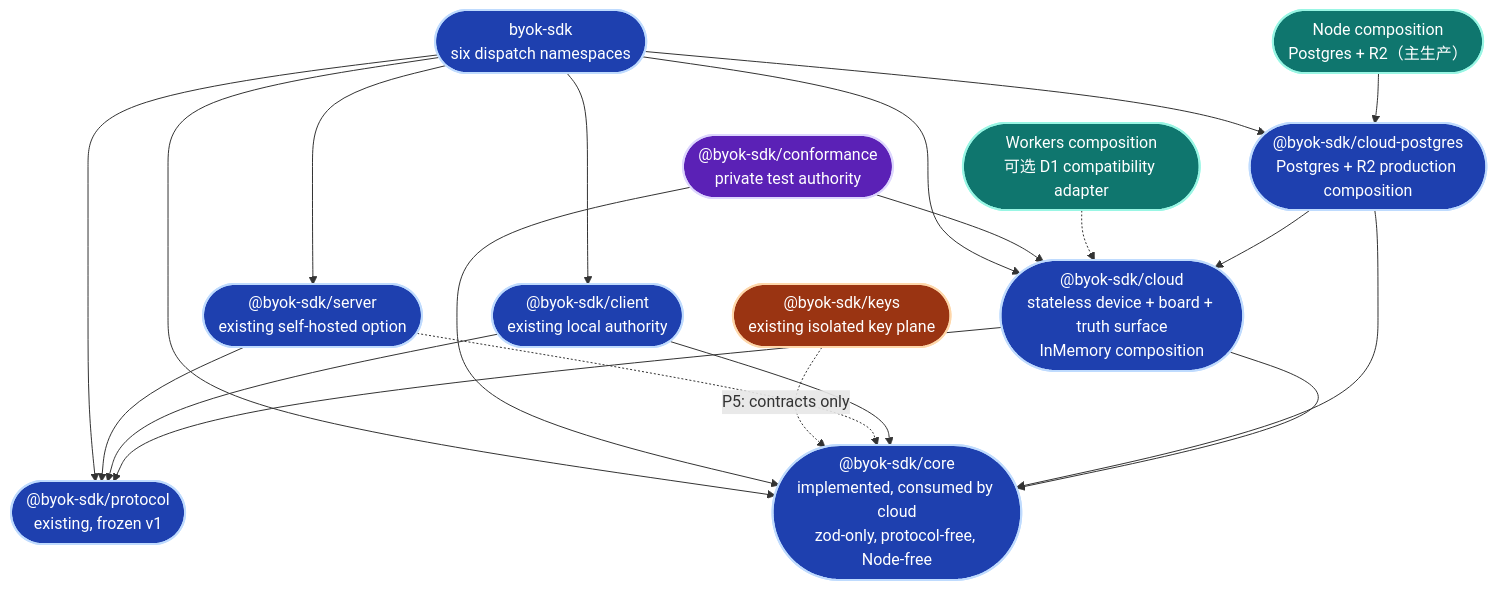
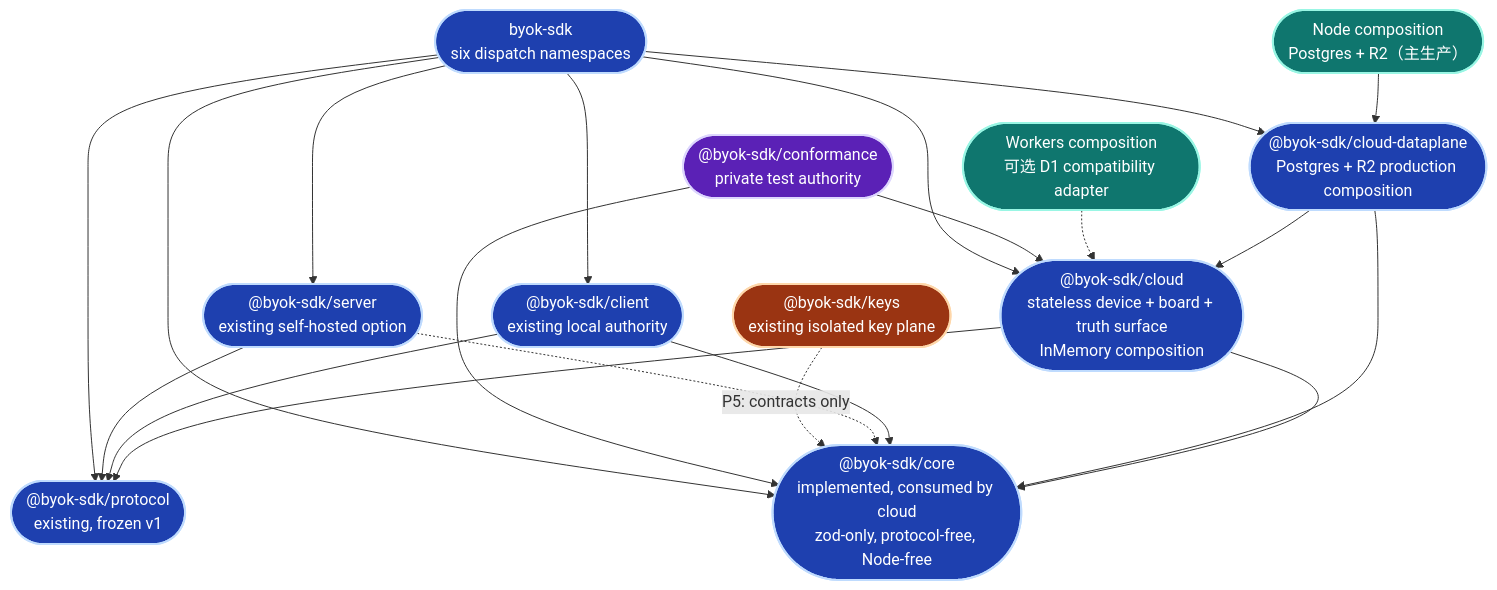
Before and after one commit to Ancienttwo/byok-sdk: diagram 16 of 23 in docs/architecture/sdk-architecture.md, drawn with Mermaid. The commit also changed other lines of this file and 72 other files, not shown here.

Commit message:
refactor!: rename cloud-postgres to cloud-dataplane

````diff
--- a/docs/architecture/sdk-architecture.md
+++ b/docs/architecture/sdk-architecture.md
@@ -970,39 +974,39 @@
 ```mermaid
 flowchart TB
   classDef existing fill:#1e40af,stroke:#bfdbfe,stroke-width:2px,color:#fff
   classDef planned fill:#5b21b6,stroke:#ddd6fe,stroke-width:2px,color:#fff
   classDef isolated fill:#9a3412,stroke:#fed7aa,stroke-width:2px,color:#fff
   classDef deploy fill:#0f766e,stroke:#99f6e4,stroke-width:2px,color:#fff
 
   Protocol(["@byok-sdk/protocol<br/>existing, frozen v1"]):::existing
   Core(["@byok-sdk/core<br/>implemented, consumed by cloud<br/>zod-only, protocol-free, Node-free"]):::existing
   Cloud(["@byok-sdk/cloud<br/>stateless device + board + truth surface<br/>InMemory composition"]):::existing
-  CloudPg(["@byok-sdk/cloud-postgres<br/>Postgres + R2 production composition"]):::existing
+  CloudPg(["@byok-sdk/cloud-dataplane<br/>Postgres + R2 production composition"]):::existing
   Client(["@byok-sdk/client<br/>existing local authority"]):::existing
   Server(["@byok-sdk/server<br/>existing self-hosted option"]):::existing
   SDK(["byok-sdk<br/>six dispatch namespaces"]):::existing
   Conformance(["@byok-sdk/conformance<br/>private test authority"]):::planned
   Keys(["@byok-sdk/keys<br/>existing isolated key plane"]):::isolated
   Node(["Node composition<br/>Postgres + R2（主生产）"]):::deploy
   Workers(["Workers composition<br/>可选 D1 compatibility adapter"]):::deploy
 
   Cloud --> Core
   Cloud --> Protocol
   CloudPg --> Cloud
   CloudPg --> Core
   Client --> Core
   Client --> Protocol
   Server -.-> Core
   Server --> Protocol
   Keys -.->|"P5: contracts only"| Core
   Node --> CloudPg
   Workers -.-> Cloud
   Conformance --> Cloud
   Conformance --> Core
   SDK --> Protocol
   SDK --> Server
   SDK --> Client
   SDK --> Core
   SDK --> Cloud
   SDK --> CloudPg
 ```
````
